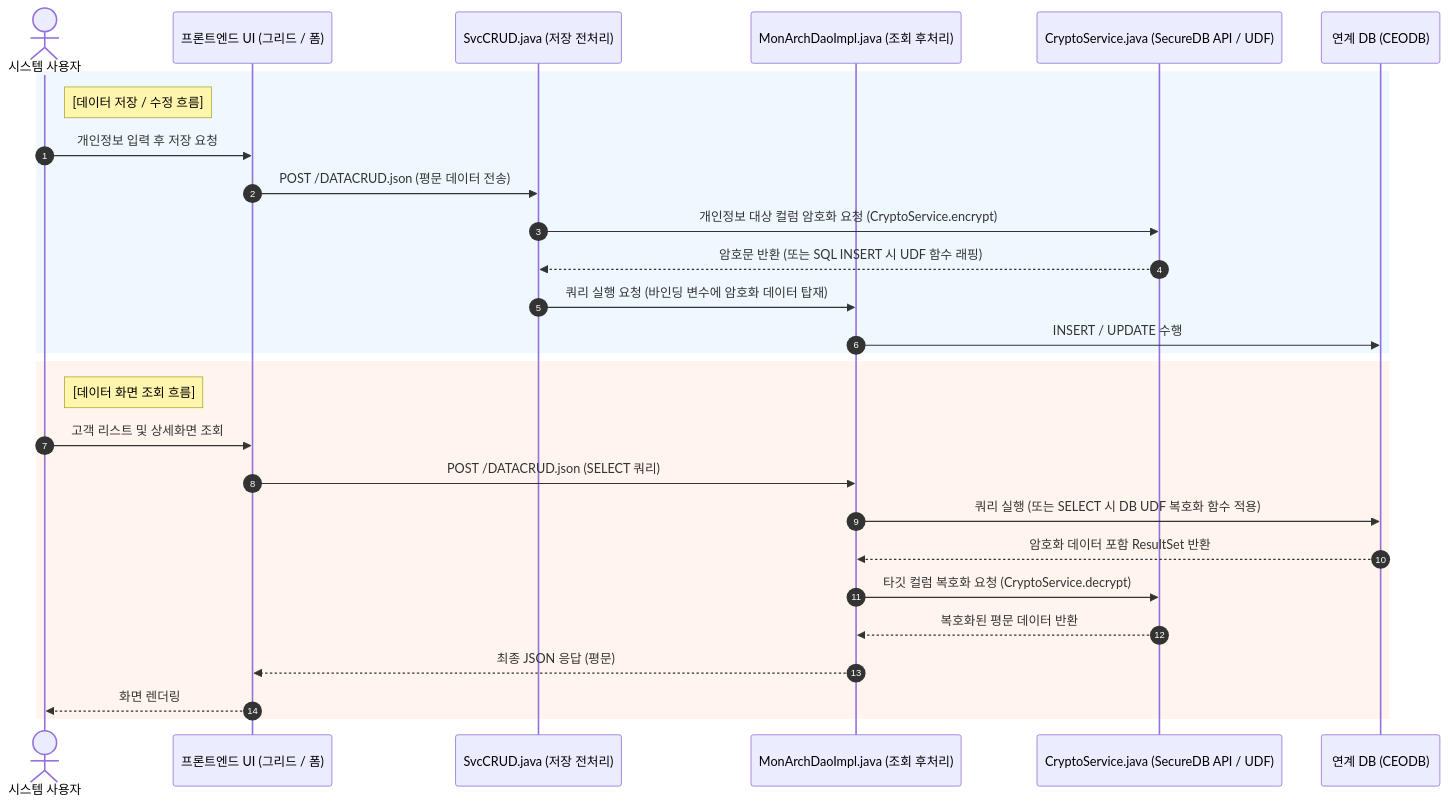
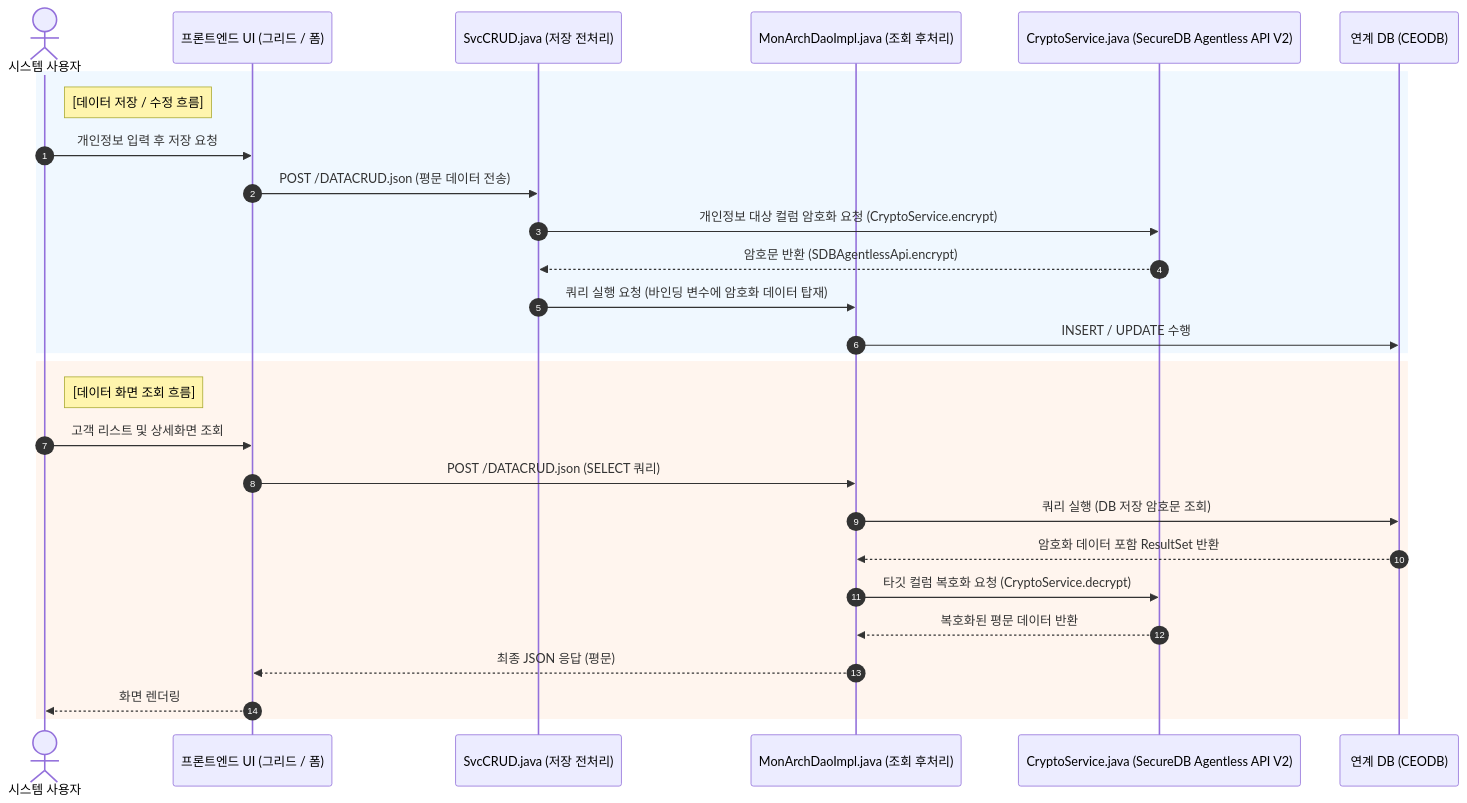
Before and after one commit to iskar79/SERICEO_CRM: the second of 2 diagrams in ARCHITECTURE.md, drawn with Mermaid. The commit also changed other lines of this file and 5 other files, not shown here.

````diff
--- a/ARCHITECTURE.md
+++ b/ARCHITECTURE.md
@@ -203,34 +203,34 @@
 ```mermaid
 sequenceDiagram
     autonumber
     actor User as 시스템 사용자
     participant JS as 프론트엔드 UI (그리드 / 폼)
     participant Svc as SvcCRUD.java (저장 전처리)
     participant Dao as MonArchDaoImpl.java (조회 후처리)
-    participant Crypto as CryptoService.java (SecureDB API / UDF)
+    participant Crypto as CryptoService.java (SecureDB Agentless API V2)
     participant DB as 연계 DB (CEODB)
 
     %% 저장 흐름
     rect rgb(240, 248, 255)
         note right of User: [데이터 저장 / 수정 흐름]
         User->>JS: 개인정보 입력 후 저장 요청
         JS->>Svc: POST /DATACRUD.json (평문 데이터 전송)
         Svc->>Crypto: 개인정보 대상 컬럼 암호화 요청 (CryptoService.encrypt)
-        Crypto-->>Svc: 암호문 반환 (또는 SQL INSERT 시 UDF 함수 래핑)
+        Crypto-->>Svc: 암호문 반환 (SDBAgentlessApi.encrypt)
         Svc->>Dao: 쿼리 실행 요청 (바인딩 변수에 암호화 데이터 탑재)
         Dao->>DB: INSERT / UPDATE 수행
     end
 
     %% 조회 흐름
     rect rgb(255, 245, 238)
         note right of User: [데이터 화면 조회 흐름]
         User->>JS: 고객 리스트 및 상세화면 조회
         JS->>Dao: POST /DATACRUD.json (SELECT 쿼리)
-        Dao->>DB: 쿼리 실행 (또는 SELECT 시 DB UDF 복호화 함수 적용)
+        Dao->>DB: 쿼리 실행 (DB 저장 암호문 조회)
         DB-->>Dao: 암호화 데이터 포함 ResultSet 반환
         Dao->>Crypto: 타깃 컬럼 복호화 요청 (CryptoService.decrypt)
         Crypto-->>Dao: 복호화된 평문 데이터 반환
         Dao-->>JS: 최종 JSON 응답 (평문)
         JS-->>User: 화면 렌더링
     end
 ```
````
